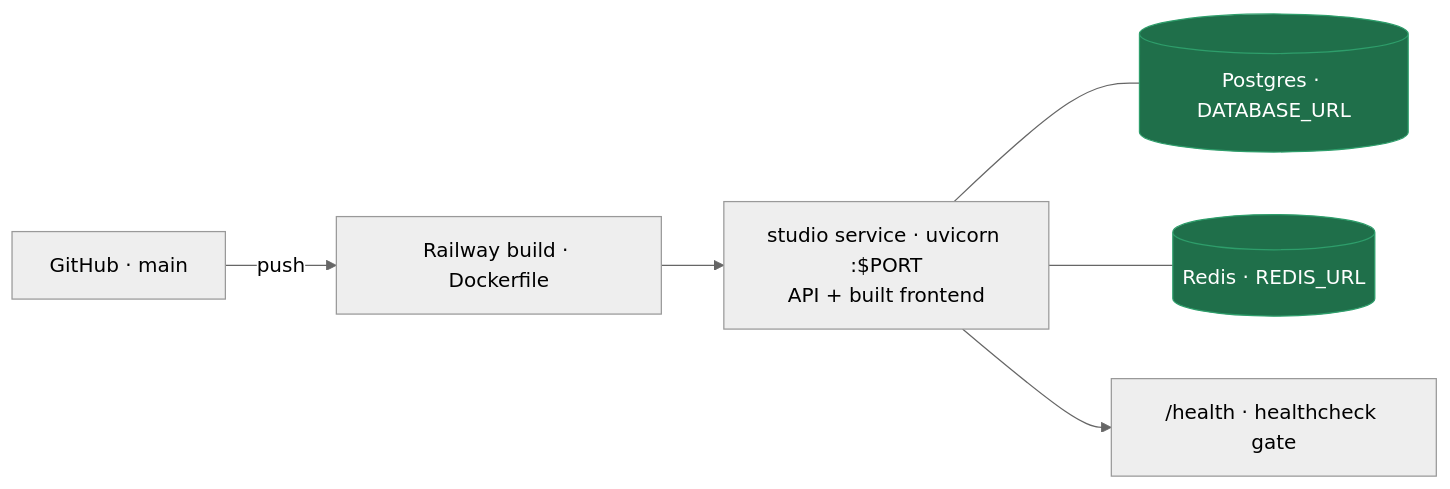
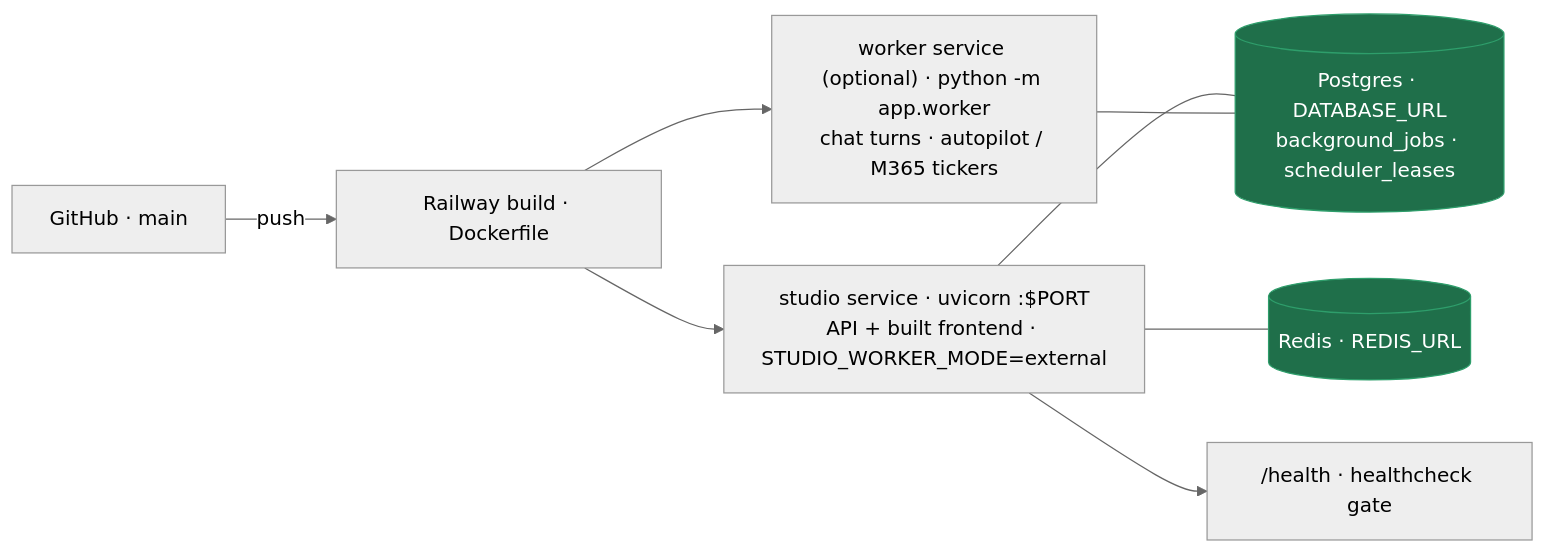
Before and after one commit to rohitkarumanchi745/studio: diagram 12 of 12 in README.md, drawn with Mermaid (neutral theme). The commit also changed other lines of this file and 98 other files, not shown here.

````diff
--- a/README.md
+++ b/README.md
@@ -764,10 +1243,12 @@
 ```mermaid
 flowchart LR
     gh["GitHub · main"] -->|push| build["Railway build · Dockerfile"]
-    build --> svc["studio service · uvicorn :$PORT<br/>API + built frontend"]
-    svc --- pg[("Postgres · DATABASE_URL")]
+    build --> svc["studio service · uvicorn :$PORT<br/>API + built frontend · STUDIO_WORKER_MODE=external"]
+    build --> wk["worker service (optional) · python -m app.worker<br/>chat turns · autopilot / M365 tickers"]
+    svc --- pg[("Postgres · DATABASE_URL<br/>background_jobs · scheduler_leases")]
+    wk --- pg
     svc --- rd[("Redis · REDIS_URL")]
     svc --> hc["/health · healthcheck gate"]
     classDef s fill:#1f6f4a,stroke:#2e9e6b,color:#fff
     class pg,rd s
 ```
````
